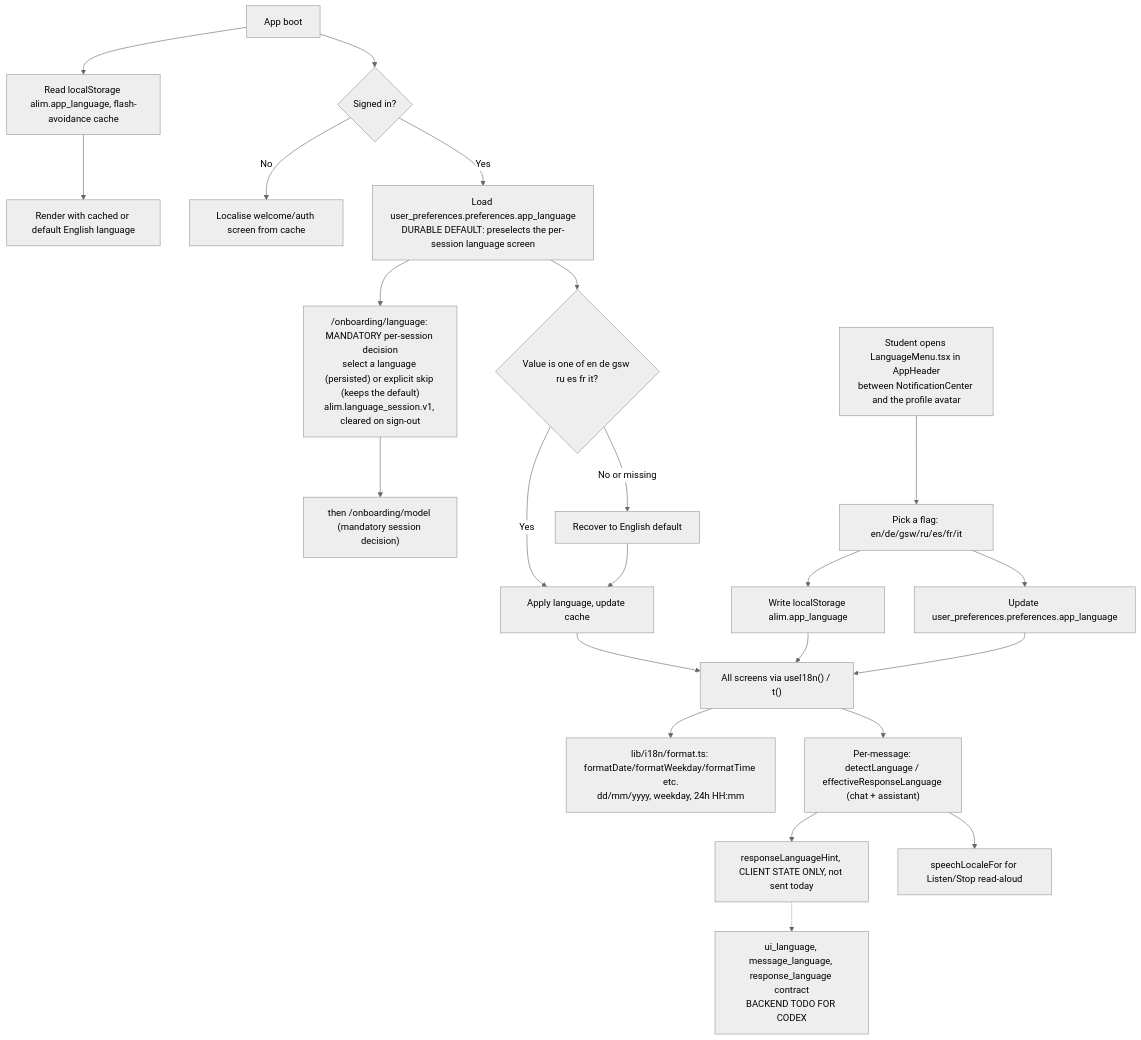
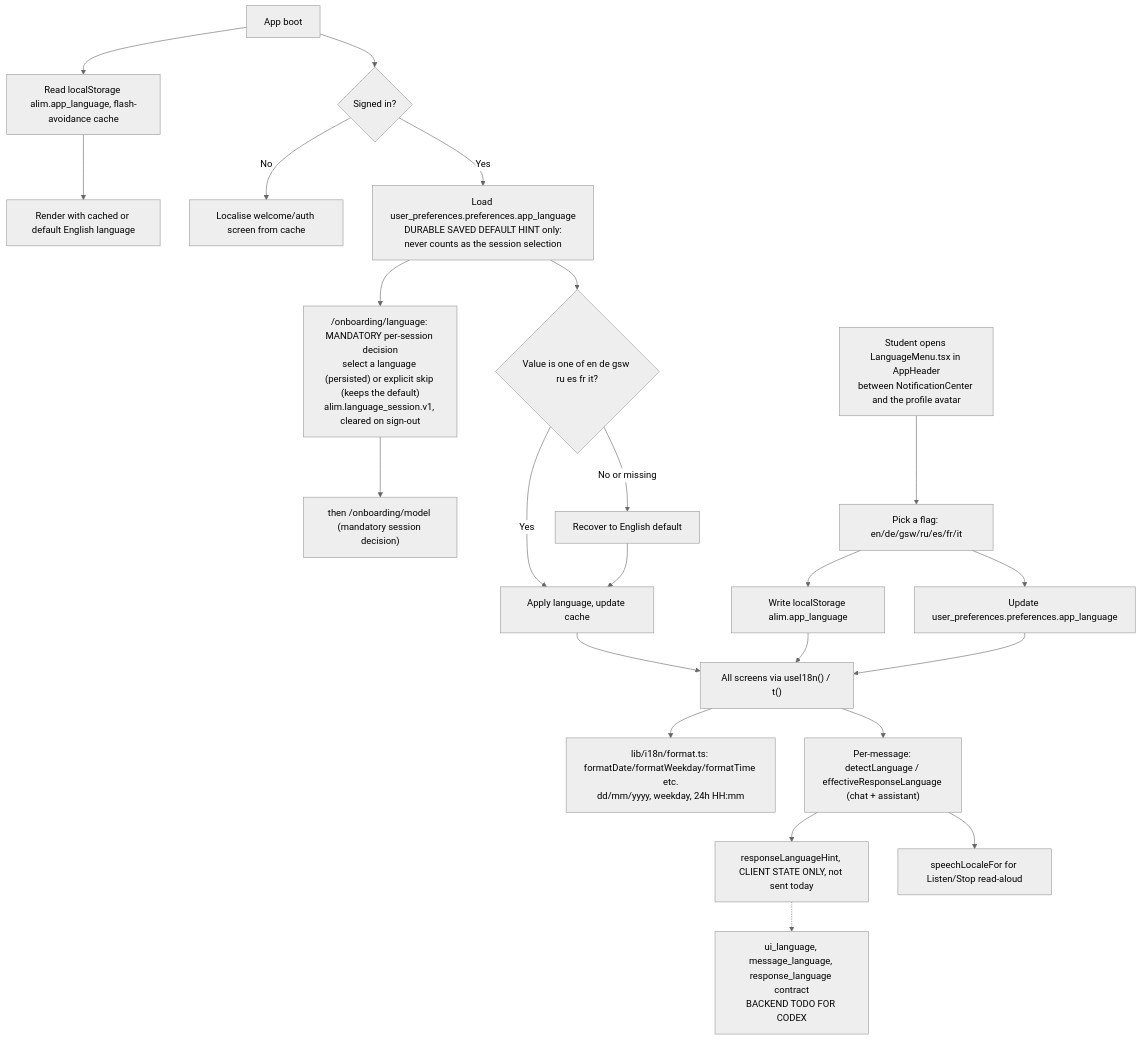
The diagram in docs/wireframes/18-i18n-language.mmd (keyshavmor/study-swiss-star), drawn with Mermaid (neutral theme) before and after one commit. The commit also changed 6 other files, not shown here.

```diff
--- a/docs/wireframes/18-i18n-language.mmd
+++ b/docs/wireframes/18-i18n-language.mmd
@@ -1,27 +1,27 @@
 %% Seven-language i18n flow: languages.ts, detect.ts, format.ts, provider.ts.
 flowchart TD
   Boot["App boot"] --> Cache["Read localStorage alim.app_language, flash-avoidance cache"]
   Cache --> Render["Render with cached or default English language"]
   Boot --> AuthCheck{"Signed in?"}
   AuthCheck -->|No| WelcomeLocal["Localise welcome/auth screen from cache"]
-  AuthCheck -->|Yes| Load["Load user_preferences.preferences.app_language<br/>DURABLE DEFAULT: preselects the per-session language screen"]
+  AuthCheck -->|Yes| Load["Load user_preferences.preferences.app_language<br/>DURABLE SAVED DEFAULT HINT only:<br/>never counts as the session selection"]
   Load --> Decide["/onboarding/language: MANDATORY per-session decision<br/>select a language (persisted) or explicit skip (keeps the default)<br/>alim.language_session.v1, cleared on sign-out"]
   Decide --> NextGate["then /onboarding/model (mandatory session decision)"]
   Load --> Valid{"Value is one of en de gsw ru es fr it?"}
   Valid -->|Yes| Apply["Apply language, update cache"]
   Valid -->|No or missing| English["Recover to English default"]
   English --> Apply
   Apply --> UI["All screens via useI18n() / t()"]
   Change["Student opens LanguageMenu.tsx in AppHeader<br/>between NotificationCenter and the profile avatar"] --> Pick["Pick a flag: en/de/gsw/ru/es/fr/it"]
   Pick --> WriteCache["Write localStorage alim.app_language"]
   Pick --> WriteDB["Update user_preferences.preferences.app_language"]
   WriteCache --> UI
   WriteDB --> UI
   UI --> Format["lib/i18n/format.ts: formatDate/formatWeekday/formatTime etc.<br/>dd/mm/yyyy, weekday, 24h HH:mm"]
   UI --> Detect["Per-message: detectLanguage / effectiveResponseLanguage (chat + assistant)"]
   Detect --> Hint["responseLanguageHint, CLIENT STATE ONLY, not sent today"]
   Detect --> SpeechLocale["speechLocaleFor for Listen/Stop read-aloud"]
   Hint -.-> FutureContract["ui_language, message_language, response_language contract<br/>BACKEND TODO FOR CODEX"]
 %% CURRENT (2026-09-17): language_onboarding_completed is LEGACY metadata; the
 %% language screen appears once per browser session and is the first gate after
 %% compliance. Canonical: docs/sequences/LANGUAGE_ONBOARDING.mmd
```
